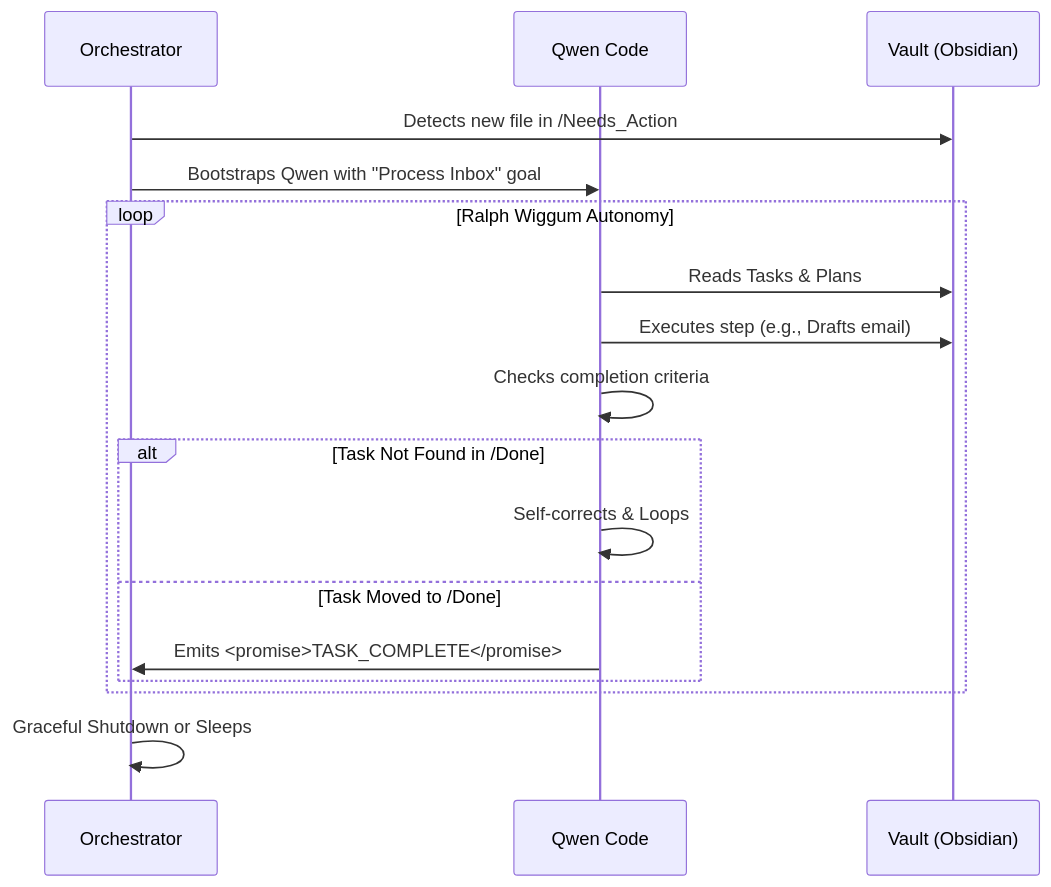
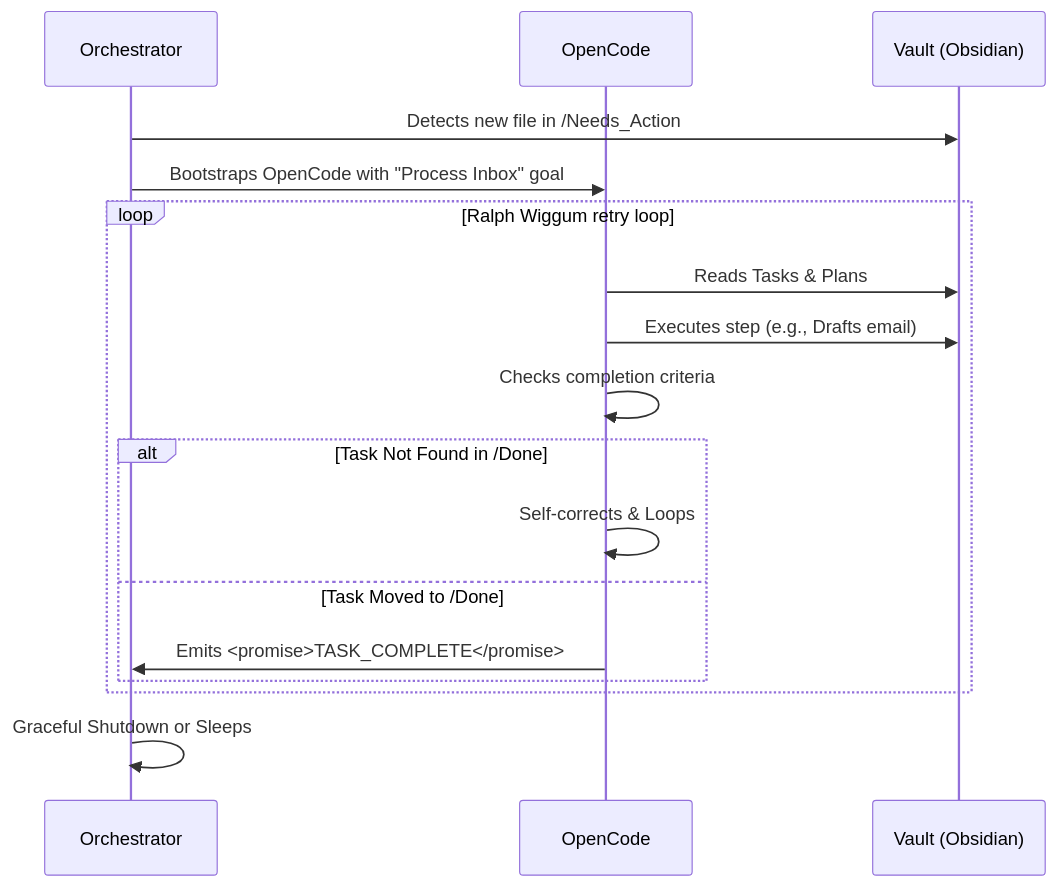
One commit to AbdulSamad94/Personal-AI-Employee changed the fourth of 4 diagrams in README.md. Above: the diagram before and after it, drawn with Mermaid. The commit also changed other lines of this file and 37 other files, not shown here.

````diff
--- a/README.md
+++ b/README.md
@@ -211,20 +232,20 @@
 ```mermaid
 sequenceDiagram
     participant O as Orchestrator
-    participant Q as Qwen Code
+    participant Q as OpenCode
     participant V as Vault (Obsidian)
-    
+
     O->>V: Detects new file in /Needs_Action
-    O->>Q: Bootstraps Qwen with "Process Inbox" goal
-    loop Ralph Wiggum Autonomy
+    O->>Q: Bootstraps OpenCode with "Process Inbox" goal
+    loop Ralph Wiggum retry loop
         Q->>V: Reads Tasks & Plans
         Q->>V: Executes step (e.g., Drafts email)
         Q->>Q: Checks completion criteria
         alt Task Not Found in /Done
             Q->>Q: Self-corrects & Loops
         else Task Moved to /Done
             Q->>O: Emits <promise>TASK_COMPLETE</promise>
         end
     end
     O->>O: Graceful Shutdown or Sleeps
 ```
````
